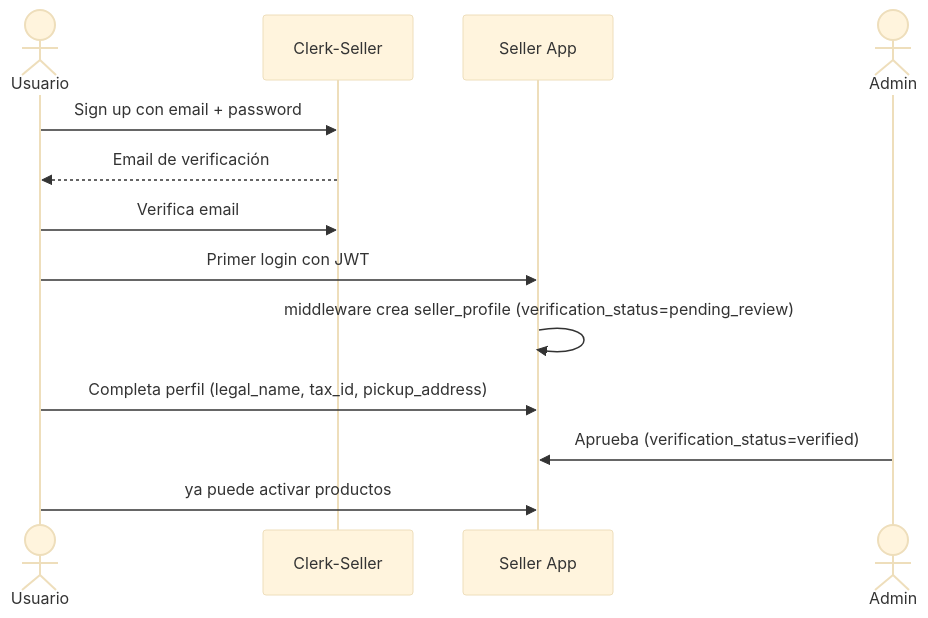
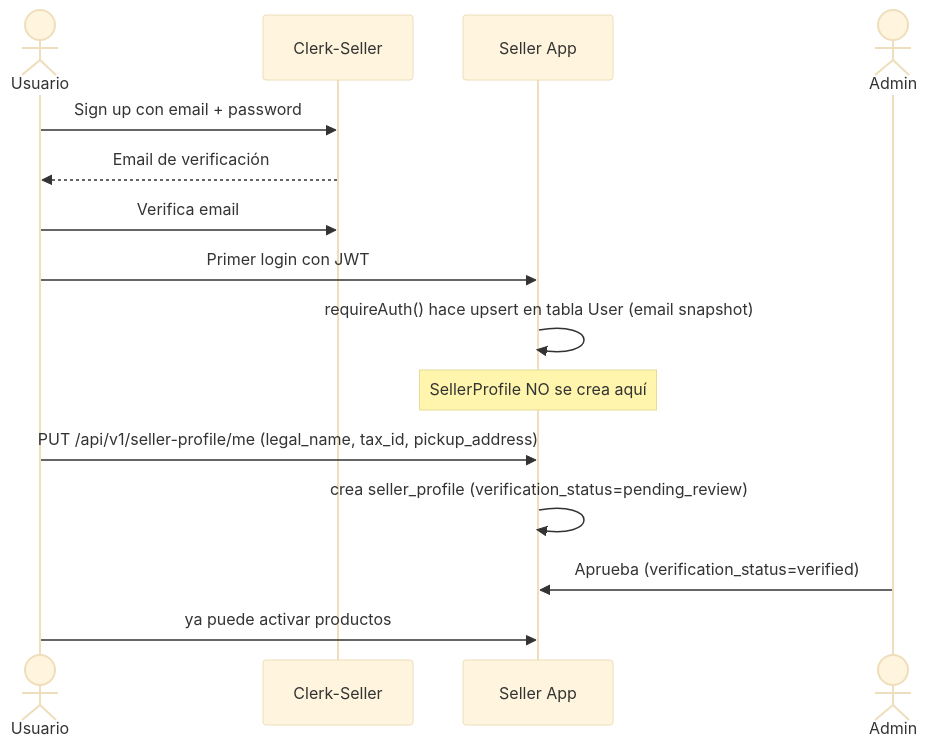
One commit to IAW-2026/proyecto-c-seller-bicimarket changed the second of 4 diagrams in docs/05-usuarios.md. Above: the diagram before and after it, drawn with Mermaid (base theme). The commit also changed other lines of this file and 9 other files, not shown here.

````diff
--- a/docs/05-usuarios.md
+++ b/docs/05-usuarios.md
@@ -112,16 +114,18 @@
 ```mermaid
 sequenceDiagram
     actor U as Usuario
     participant CS as Clerk-Seller
     participant S as Seller App
     actor A as Admin
 
     U->>CS: Sign up con email + password
     CS-->>U: Email de verificación
     U->>CS: Verifica email
     U->>S: Primer login con JWT
-    S->>S: middleware crea seller_profile (verification_status=pending_review)
-    U->>S: Completa perfil (legal_name, tax_id, pickup_address)
+    S->>S: requireAuth() hace upsert en tabla User (email snapshot)
+    Note over S: SellerProfile NO se crea aquí
+    U->>S: PUT /api/v1/seller-profile/me (legal_name, tax_id, pickup_address)
+    S->>S: crea seller_profile (verification_status=pending_review)
     A->>S: Aprueba (verification_status=verified)
     U->>S: ya puede activar productos
 ```
````
